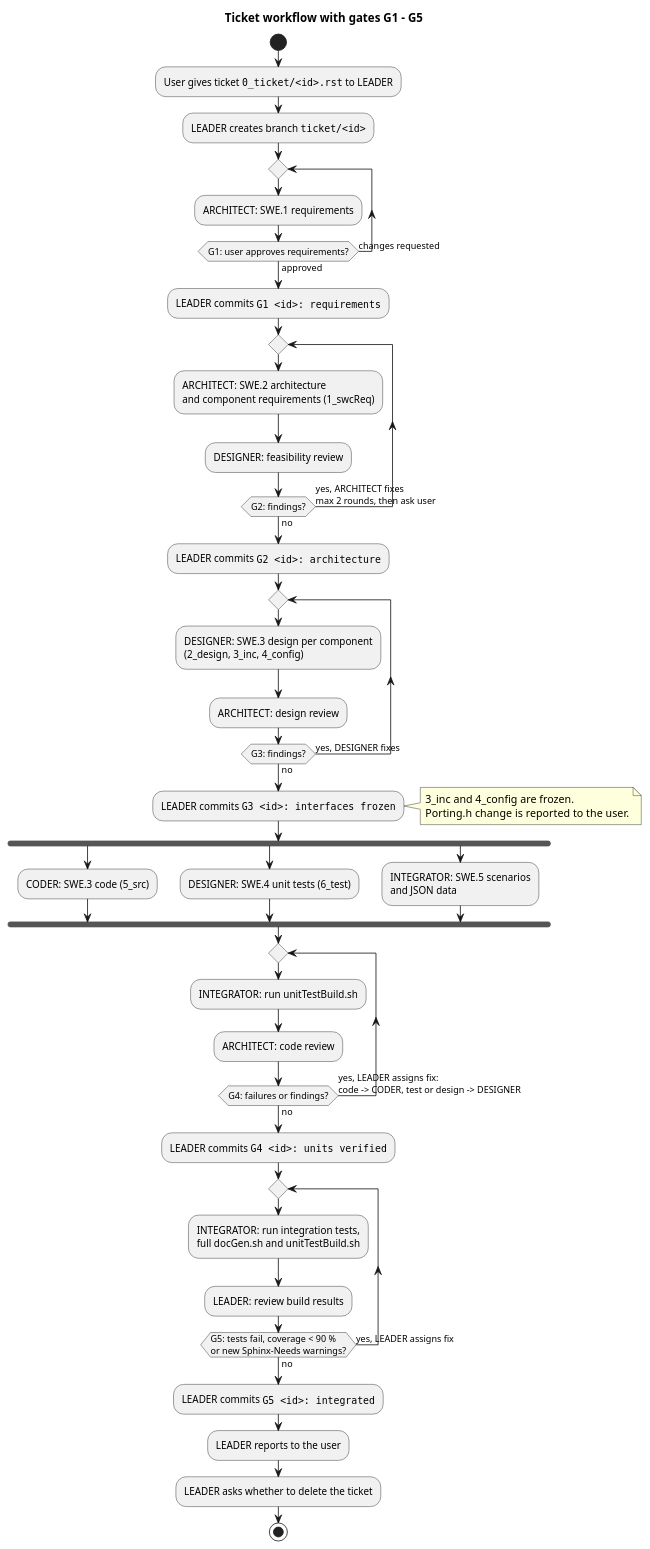
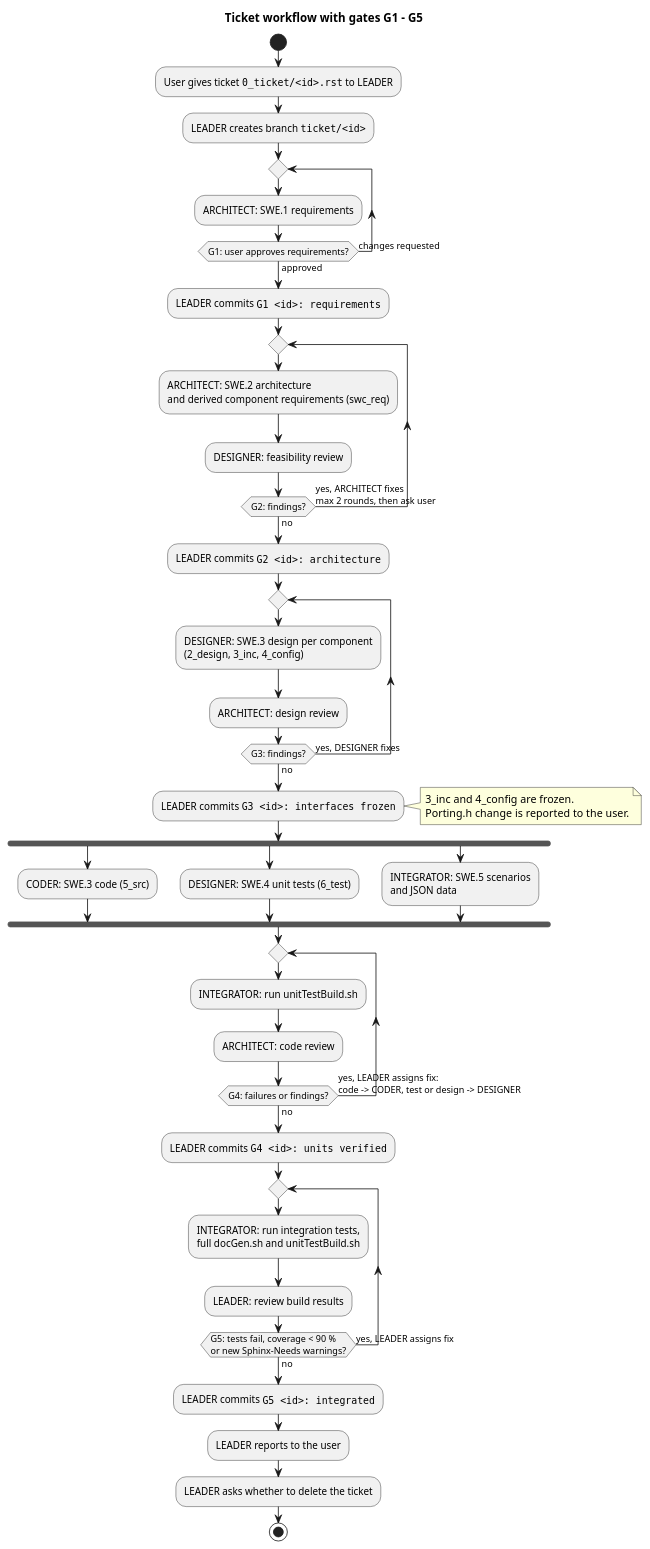
One commit to LinhTrucVo/Bico_Protocol_Bridge changed the diagram in .agents/workflowGates.puml. Above: the diagram before and after it, drawn with PlantUML. The commit also changed 12 other files, not shown here.

Commit message:
add swc_req and it's related stuffs

```diff
--- a/.agents/workflowGates.puml
+++ b/.agents/workflowGates.puml
@@ -1,50 +1,50 @@
 @startuml
 title Ticket workflow with gates G1 - G5
 
 start
 :User gives ticket ""0_ticket/<id>.rst"" to LEADER;
 :LEADER creates branch ""ticket/<id>"";
 
 repeat
   :ARCHITECT: SWE.1 requirements;
 repeat while (G1: user approves requirements?) is (changes requested) not (approved)
 :LEADER commits ""G1 <id>: requirements"";
 
 repeat
-  :ARCHITECT: SWE.2 architecture\nand component requirements (1_swcReq);
+  :ARCHITECT: SWE.2 architecture\nand derived component requirements (swc_req);
   :DESIGNER: feasibility review;
 repeat while (G2: findings?) is (yes, ARCHITECT fixes\nmax 2 rounds, then ask user) not (no)
 :LEADER commits ""G2 <id>: architecture"";
 
 repeat
   :DESIGNER: SWE.3 design per component\n(2_design, 3_inc, 4_config);
   :ARCHITECT: design review;
 repeat while (G3: findings?) is (yes, DESIGNER fixes) not (no)
 :LEADER commits ""G3 <id>: interfaces frozen"";
 note right: 3_inc and 4_config are frozen.\nPorting.h change is reported to the user.
 
 fork
   :CODER: SWE.3 code (5_src);
 fork again
   :DESIGNER: SWE.4 unit tests (6_test);
 fork again
   :INTEGRATOR: SWE.5 scenarios\nand JSON data;
 end fork
 
 repeat
   :INTEGRATOR: run unitTestBuild.sh;
   :ARCHITECT: code review;
 repeat while (G4: failures or findings?) is (yes, LEADER assigns fix:\ncode -> CODER, test or design -> DESIGNER) not (no)
 :LEADER commits ""G4 <id>: units verified"";
 
 repeat
   :INTEGRATOR: run integration tests,\nfull docGen.sh and unitTestBuild.sh;
   :LEADER: review build results;
 repeat while (G5: tests fail, coverage < 90 %\nor new Sphinx-Needs warnings?) is (yes, LEADER assigns fix) not (no)
 :LEADER commits ""G5 <id>: integrated"";
 
 :LEADER reports to the user;
 :LEADER asks whether to delete the ticket;
 stop
 
 @enduml
```
